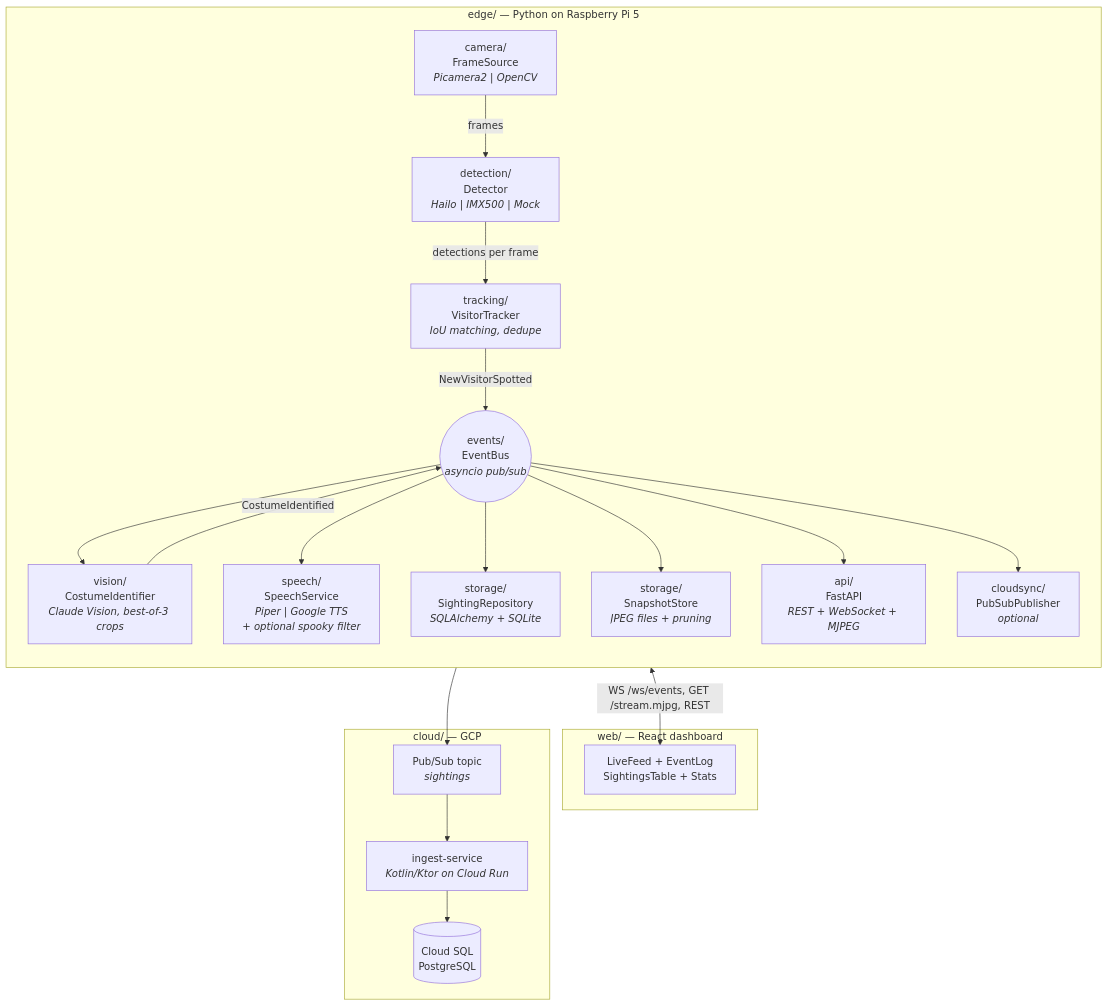
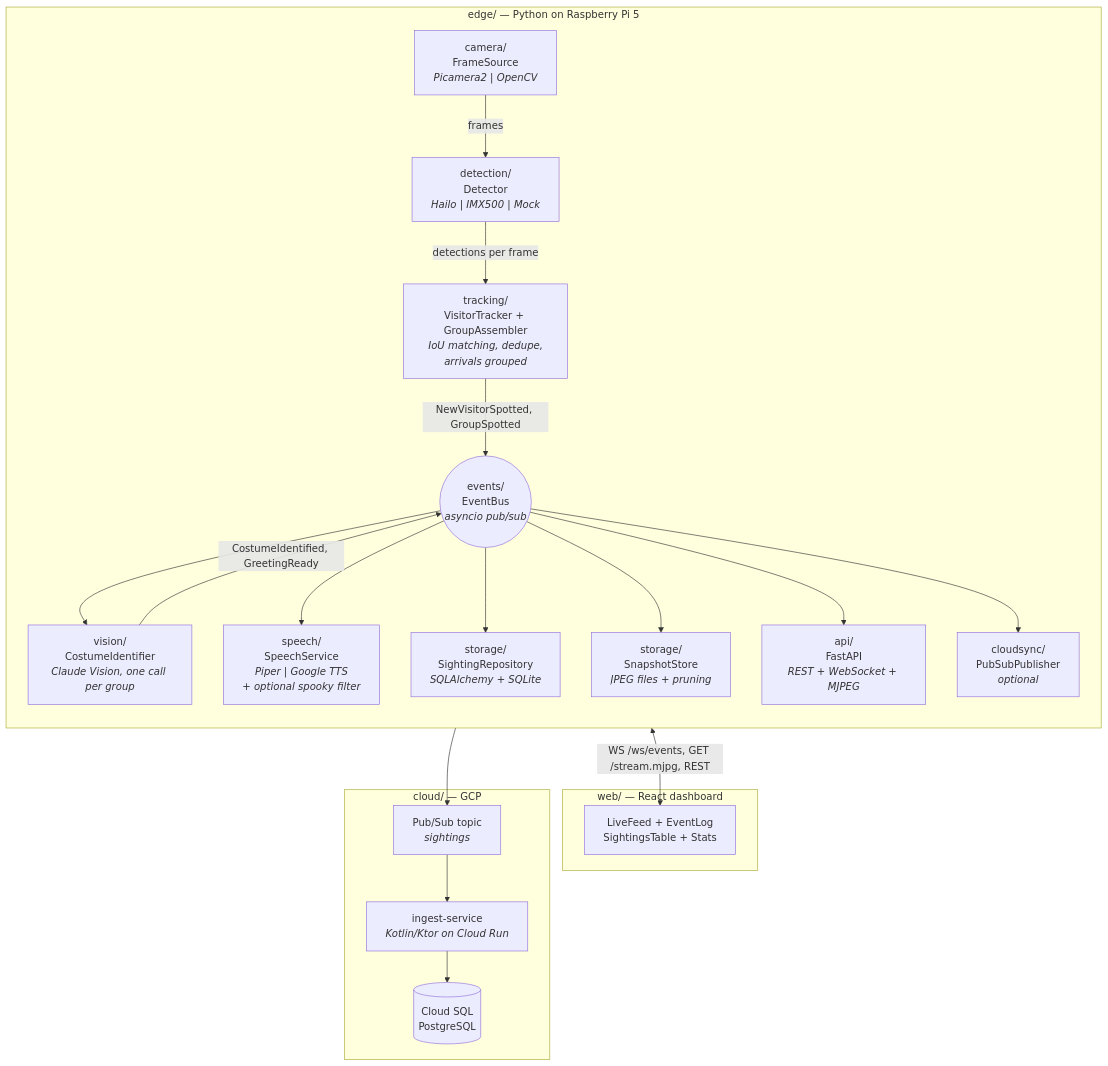
Before and after one commit to rwaggoner/pi-costume-spotter: the first of 5 diagrams in docs/architecture.md, drawn with Mermaid. The commit also changed other lines of this file and 26 other files, not shown here.

````diff
--- a/docs/architecture.md
+++ b/docs/architecture.md
@@ -26,40 +26,40 @@
 ```mermaid
 flowchart TB
     subgraph edge["edge/ — Python on Raspberry Pi 5"]
         direction TB
         CAM["camera/<br/>FrameSource<br/><i>Picamera2 | OpenCV</i>"]
         DET["detection/<br/>Detector<br/><i>Hailo | IMX500 | Mock</i>"]
-        TRK["tracking/<br/>VisitorTracker<br/><i>IoU matching, dedupe</i>"]
+        TRK["tracking/<br/>VisitorTracker + GroupAssembler<br/><i>IoU matching, dedupe,<br/>arrivals grouped</i>"]
         BUS(("events/<br/>EventBus<br/><i>asyncio pub/sub</i>"))
-        VIS["vision/<br/>CostumeIdentifier<br/><i>Claude Vision, best-of-3 crops</i>"]
+        VIS["vision/<br/>CostumeIdentifier<br/><i>Claude Vision, one call per group</i>"]
         SPK["speech/<br/>SpeechService<br/><i>Piper | Google TTS<br/>+ optional spooky filter</i>"]
         STO["storage/<br/>SightingRepository<br/><i>SQLAlchemy + SQLite</i>"]
         SNAP["storage/<br/>SnapshotStore<br/><i>JPEG files + pruning</i>"]
         API["api/<br/>FastAPI<br/><i>REST + WebSocket + MJPEG</i>"]
         SYNC["cloudsync/<br/>PubSubPublisher<br/><i>optional</i>"]
 
         CAM -->|frames| DET
         DET -->|detections per frame| TRK
-        TRK -->|NewVisitorSpotted| BUS
+        TRK -->|NewVisitorSpotted, GroupSpotted| BUS
         BUS --> VIS
-        VIS -->|CostumeIdentified| BUS
+        VIS -->|CostumeIdentified, GreetingReady| BUS
         BUS --> SPK
         BUS --> STO
         BUS --> SNAP
         BUS --> API
         BUS --> SYNC
     end
 
     subgraph web["web/ — React dashboard"]
         UI["LiveFeed + EventLog<br/>SightingsTable + Stats"]
     end
 
     subgraph gcp["cloud/ — GCP"]
         PS["Pub/Sub topic<br/><i>sightings</i>"]
         RUN["ingest-service<br/><i>Kotlin/Ktor on Cloud Run</i>"]
         SQL[("Cloud SQL<br/>PostgreSQL")]
     end
 
     API <-->|"WS /ws/events, GET /stream.mjpg, REST"| UI
     SYNC --> PS --> RUN --> SQL
 ```
````
